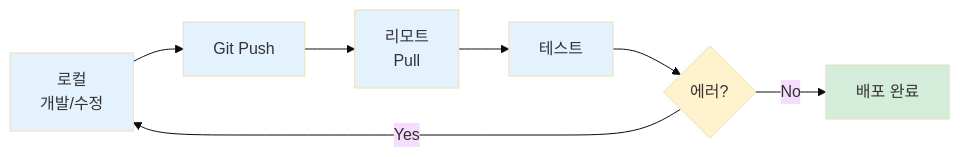
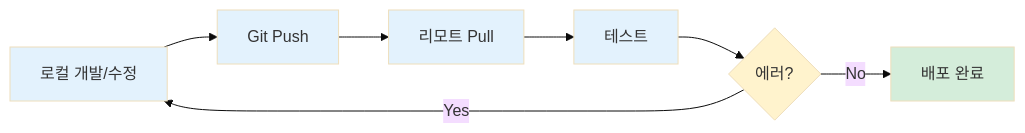
Before and after one commit to Kanghyeop/pages-book-agent101: the second of 3 diagrams in appendix-b/B02.md, drawn with Mermaid (base theme). The commit also changed other lines of this file and 48 other files, not shown here.

First line of the commit message:
fix: Mermaid 렌더링 + SVG 경로 수정

````diff
--- a/appendix-b/B02.md
+++ b/appendix-b/B02.md
@@ -102,16 +102,16 @@
 ```mermaid
 flowchart LR
-    L["로컬<br/>개발/수정"] --> P["Git Push"]
-    P --> R["리모트<br/>Pull"]
+    L["로컬 개발/수정"] --> P["Git Push"]
+    P --> R["리모트 Pull"]
     R --> T["테스트"]
     T --> E{"에러?"}
     E -->|Yes| L
     E -->|No| D["배포 완료"]
 
     style L fill:#E3F2FD
     style P fill:#E3F2FD
     style R fill:#E3F2FD
     style T fill:#E3F2FD
     style D fill:#D4EDDA
     style E fill:#FFF3CD
 ```
````
